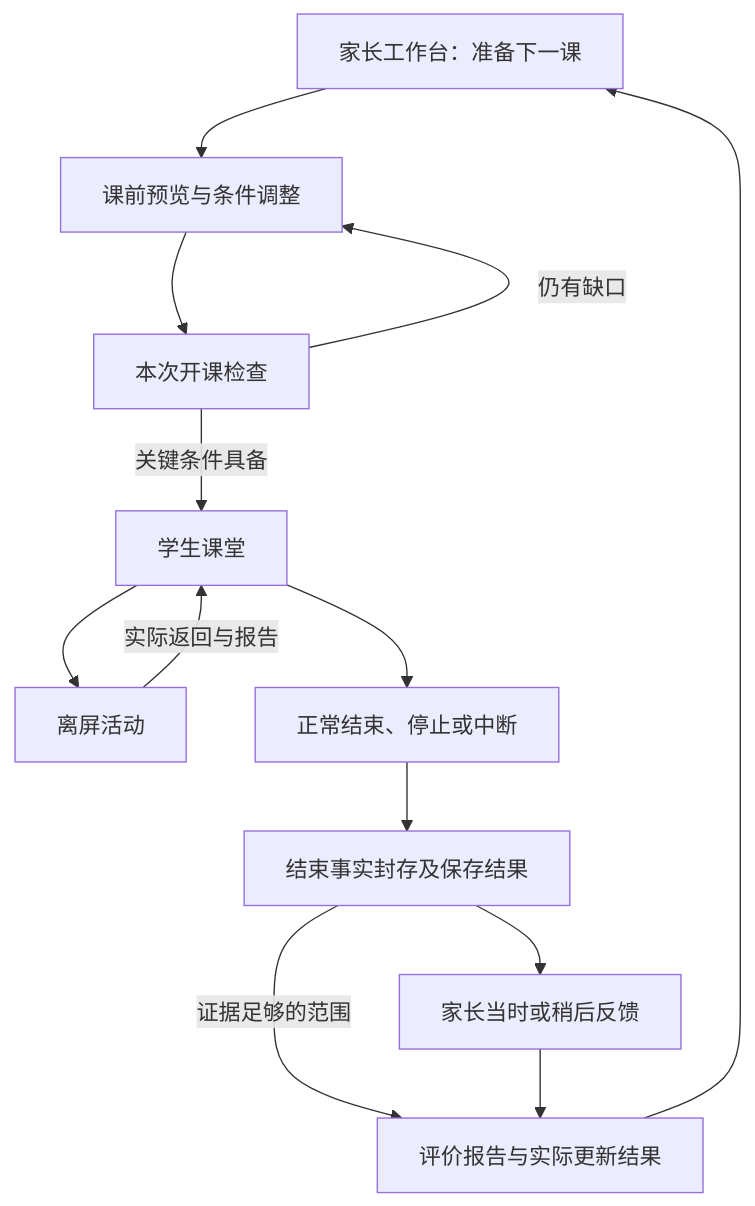
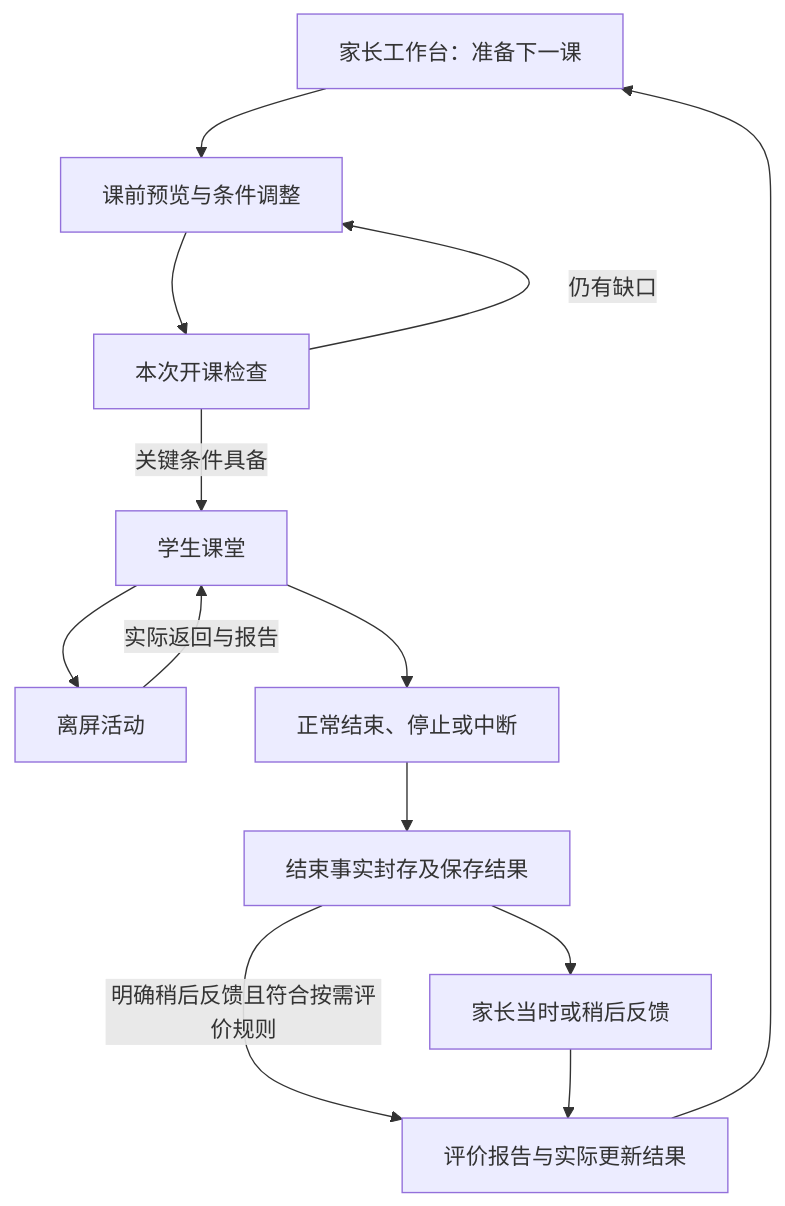
Before and after one commit to AltairEven/ProjectJ: the diagram in design/interface/preview-start.md, drawn with Mermaid. The commit also changed other lines of this file and 54 other files, not shown here.

````diff
--- a/design/interface/preview-start.md
+++ b/design/interface/preview-start.md
@@ -9,15 +11,15 @@
 ```mermaid
 flowchart TD
     A[家长工作台：准备下一课] --> B[课前预览与条件调整]
     B --> C[本次开课检查]
     C -->|关键条件具备| D[学生课堂]
     C -->|仍有缺口| B
     D --> E[离屏活动]
     E -->|实际返回与报告| D
     D --> F[正常结束、停止或中断]
-F --> S[结束事实封存及保存结果]
-S --> G[家长当时或稍后反馈]
-S -->|证据足够的范围| H
+    F --> S[结束事实封存及保存结果]
+    S --> G[家长当时或稍后反馈]
+    S -->|明确稍后反馈且符合按需评价规则| H
     G --> H[评价报告与实际更新结果]
     H --> A
 ```
````
